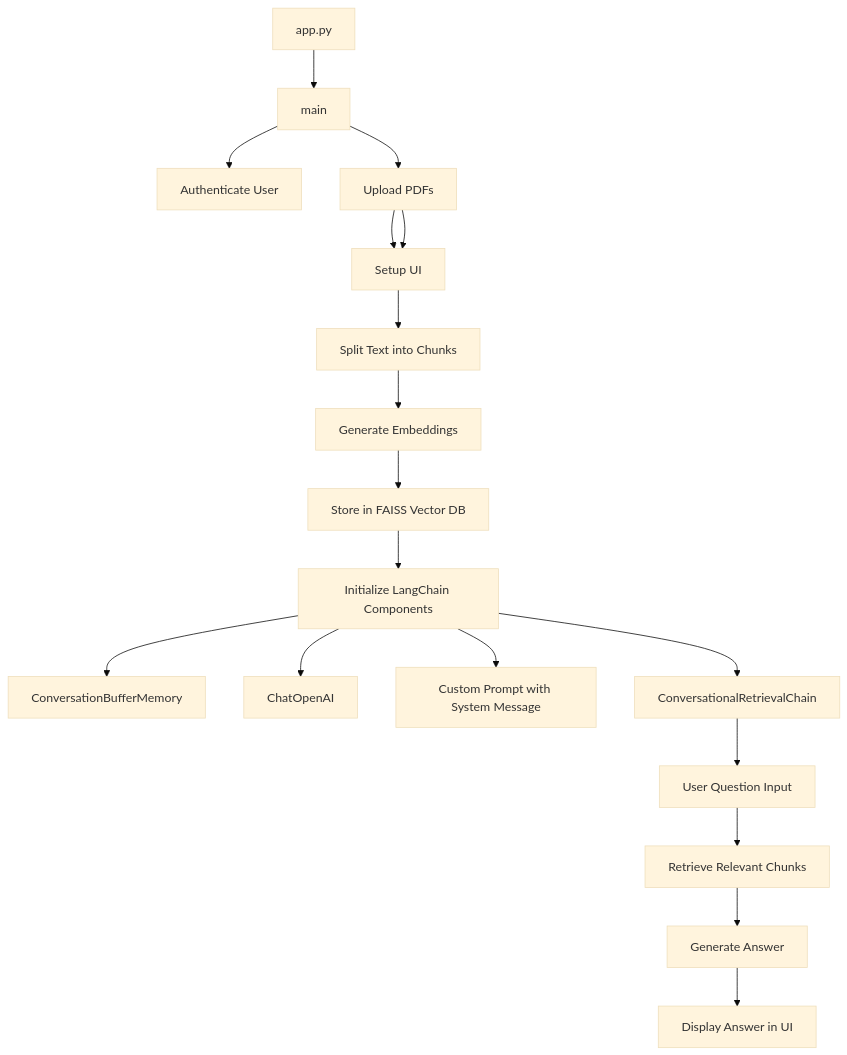
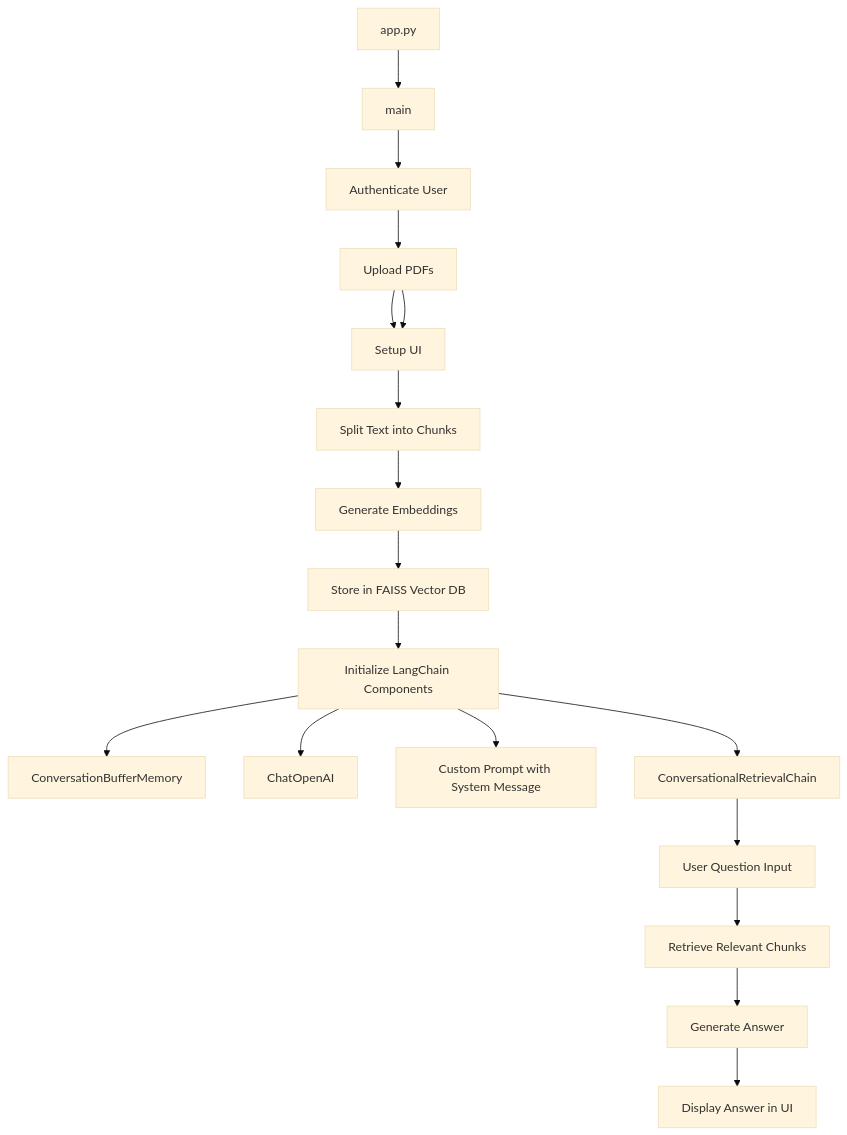
One commit to pandyamehul/GenAI.Simple.Chatbot changed the first of 7 diagrams in Docs/ARCHITECTURE.md. Above: the diagram before and after it, drawn with Mermaid (base theme).

Commit message:
20250929#Architecture doc update

````diff
--- a/Docs/ARCHITECTURE.md
+++ b/Docs/ARCHITECTURE.md
@@ -153,20 +153,20 @@
 ```mermaid
 graph TD
     A[app.py] --> B[main]
     B --> C[Authenticate User]
-    B --> D[Upload PDFs]
+    C --> D[Upload PDFs]
     D --> E[Load Documents]
     E --> F[Split Text into Chunks]
     F --> G[Generate Embeddings]
     G --> H[Store in FAISS Vector DB]
     H --> I[Initialize LangChain Components]
     I --> J[ConversationBufferMemory]
     I --> K[ChatOpenAI]
     I --> L[Custom Prompt with System Message]
     I --> M[ConversationalRetrievalChain]
     M --> N[User Question Input]
     N --> O[Retrieve Relevant Chunks]
     O --> P[Generate Answer]
     P --> Q[Display Answer in UI]
     D --> E[Setup UI]
 ```
````
